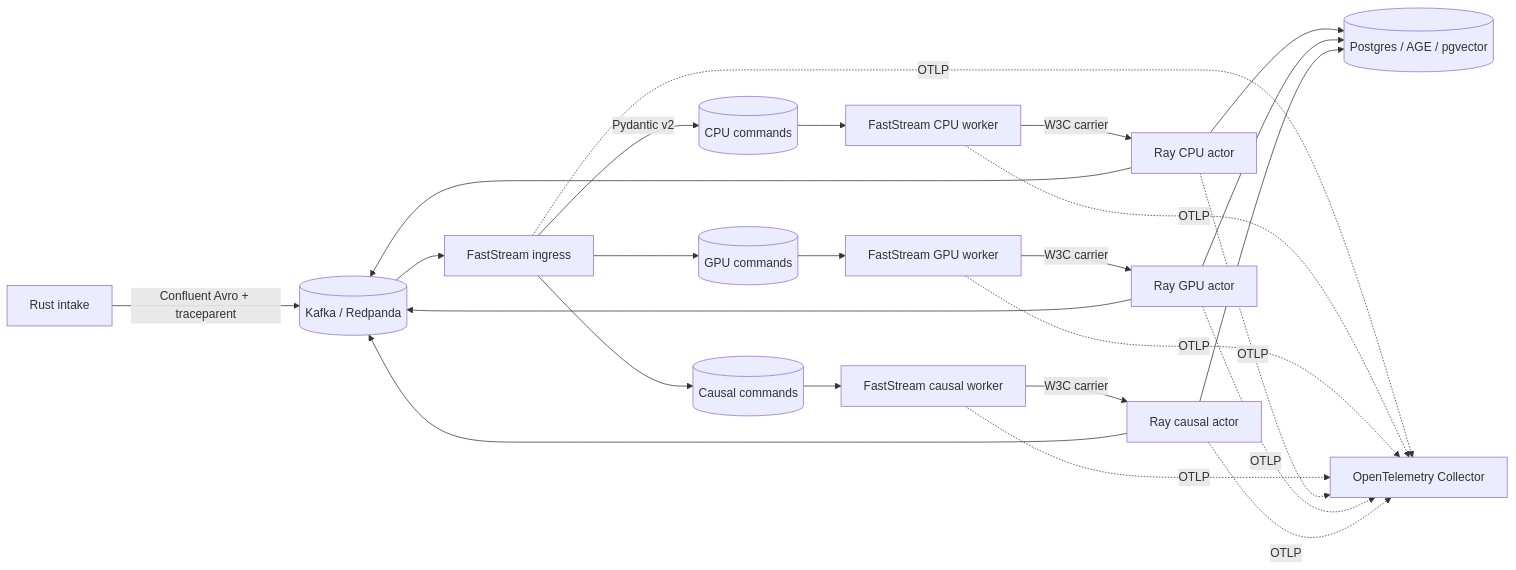
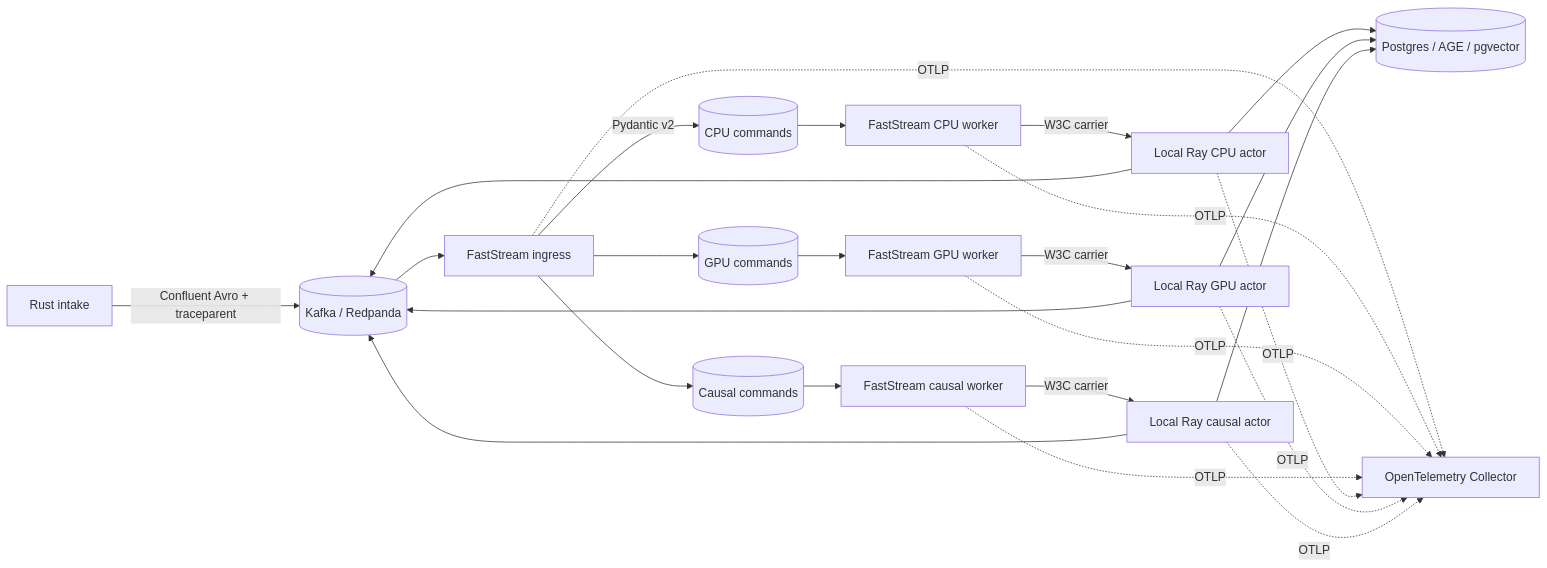
Before and after one commit to Aeluin-Technologies/Galadril: the diagram in platform/vision/README.md, drawn with Mermaid. The commit also changed other lines of this file and 27 other files, not shown here.

Commit message:
Allow usage of local Ray

````diff
--- a/platform/vision/README.md
+++ b/platform/vision/README.md
@@ -14,27 +14,27 @@
 ```mermaid
 flowchart LR
     R["Rust intake"] -->|"Confluent Avro + traceparent"| K[("Kafka / Redpanda")]
     K --> I["FastStream ingress"]
     I -->|"Pydantic v2"| C[("CPU commands")]
     I --> G[("GPU commands")]
     I --> A[("Causal commands")]
     C --> CW["FastStream CPU worker"]
     G --> GW["FastStream GPU worker"]
     A --> AW["FastStream causal worker"]
-    CW -->|"W3C carrier"| RA["Ray CPU actor"]
-    GW -->|"W3C carrier"| RG["Ray GPU actor"]
-    AW -->|"W3C carrier"| RC["Ray causal actor"]
+    CW -->|"W3C carrier"| RA["Local Ray CPU actor"]
+    GW -->|"W3C carrier"| RG["Local Ray GPU actor"]
+    AW -->|"W3C carrier"| RC["Local Ray causal actor"]
     RA --> P[("Postgres / AGE / pgvector")]
     RG --> P
     RC --> P
     RA --> K
     RG --> K
     RC --> K
     I -. "OTLP" .-> O["OpenTelemetry Collector"]
     CW -. "OTLP" .-> O
     GW -. "OTLP" .-> O
     AW -. "OTLP" .-> O
     RA -. "OTLP" .-> O
     RG -. "OTLP" .-> O
     RC -. "OTLP" .-> O
 ```
````
